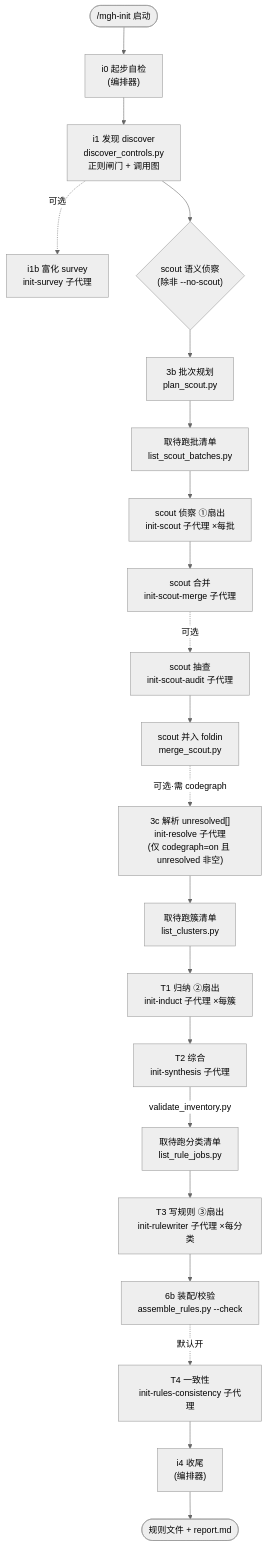
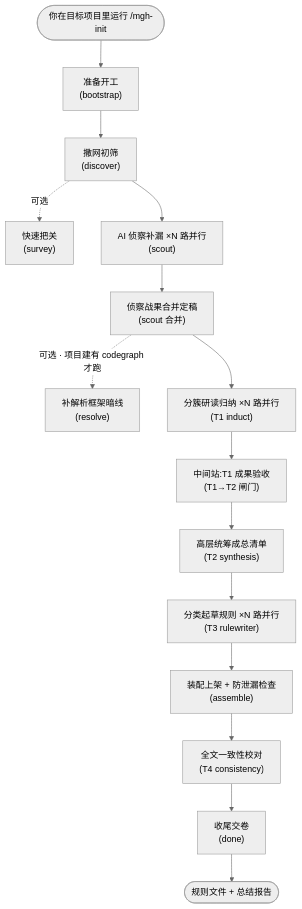
Before and after one commit to Ba6231roer/m3g4horness: the diagram in docs/mgh-init-工作流程详解.md, drawn with Mermaid (neutral theme). The commit also changed other lines of this file and 88 other files, not shown here.

Commit message:
2026-08-25-add-mgh-init-stage-outputs-doc 2026-08-25-fix-mgh-init-cluster-id-length-ntfs 2026-08-25-harden-mgh-init-scout-merge-lost-artifact-recovery 2026-09-01-improve-mgh-init-fanout-lifecycle 2026-09-03-fix-mgh-init-done-marker-identity

````diff
--- a/docs/mgh-init-工作流程详解.md
+++ b/docs/mgh-init-工作流程详解.md
@@ -54,23 +53,17 @@
 ```mermaid
 flowchart TD
-    Start(["/mgh-init 启动"]) --> i0["i0 起步自检<br/>(编排器)"]
-    i0 --> i1["i1 发现 discover<br/>discover_controls.py<br/>正则闸门 + 调用图"]
-    i1 -.->|可选| i1b["i1b 富化 survey<br/>init-survey 子代理"]
-    i1 --> scout{"scout 语义侦察<br/>(除非 --no-scout)"}
-    scout --> sp["3b 批次规划<br/>plan_scout.py"]
-    sp --> se["取待跑批清单<br/>list_scout_batches.py"]
-    se --> reader["scout 侦察 ①扇出<br/>init-scout 子代理 ×每批"]
-    reader --> smerge["scout 合并<br/>init-scout-merge 子代理"]
-    smerge -.->|可选| saudit["scout 抽查<br/>init-scout-audit 子代理"]
-    saudit --> foldin["scout 并入 foldin<br/>merge_scout.py"]
-    foldin -.->|可选·需 codegraph| resolve["3c 解析 unresolved[]<br/>init-resolve 子代理<br/>(仅 codegraph=on 且 unresolved 非空)"]
-    resolve --> t1e["取待跑簇清单<br/>list_clusters.py"]
-    t1e --> t1["T1 归纳 ②扇出<br/>init-induct 子代理 ×每簇"]
-    t1 --> t2["T2 综合<br/>init-synthesis 子代理"]
-    t2 -->|validate_inventory.py| t3e["取待跑分类清单<br/>list_rule_jobs.py"]
-    t3e --> t3["T3 写规则 ③扇出<br/>init-rulewriter 子代理 ×每分类"]
-    t3 --> asm["6b 装配/校验<br/>assemble_rules.py --check"]
-    asm -.->|默认开| t4["T4 一致性<br/>init-rules-consistency 子代理"]
-    t4 --> i4["i4 收尾<br/>(编排器)"]
-    i4 --> Out(["规则文件 + report.md"])
+    Start(["你在目标项目里运行 /mgh-init"]) --> N0["准备开工<br/>(bootstrap)"]
+    N0 --> N1["撒网初筛<br/>(discover)"]
+    N1 -. 可选 .-> N2["快速把关<br/>(survey)"]
+    N1 --> N3["AI 侦察补漏 ×N 路并行<br/>(scout)"]
+    N3 --> N3b["侦察战果合并定稿<br/>(scout 合并)"]
+    N3b -. 可选 · 项目建有 codegraph 才跑 .-> N4["补解析框架暗线<br/>(resolve)"]
+    N3b --> N5["分簇研读归纳 ×N 路并行<br/>(T1 induct)"]
+    N5 --> N5b["中间站:T1 成果验收<br/>(T1→T2 闸门)"]
+    N5b --> N6["高层统筹成总清单<br/>(T2 synthesis)"]
+    N6 --> N7["分类起草规则 ×N 路并行<br/>(T3 rulewriter)"]
+    N7 --> N8["装配上架 + 防泄漏检查<br/>(assemble)"]
+    N8 --> N9["全文一致性校对<br/>(T4 consistency)"]
+    N9 --> N10["收尾交卷<br/>(done)"]
+    N10 --> Out(["规则文件 + 总结报告"])
 ```
````
